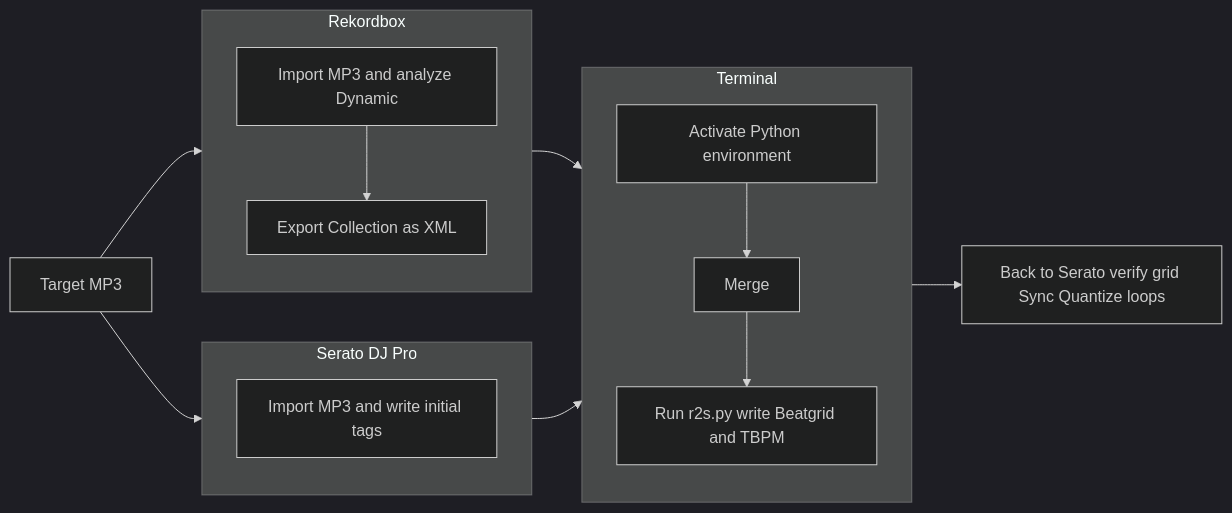
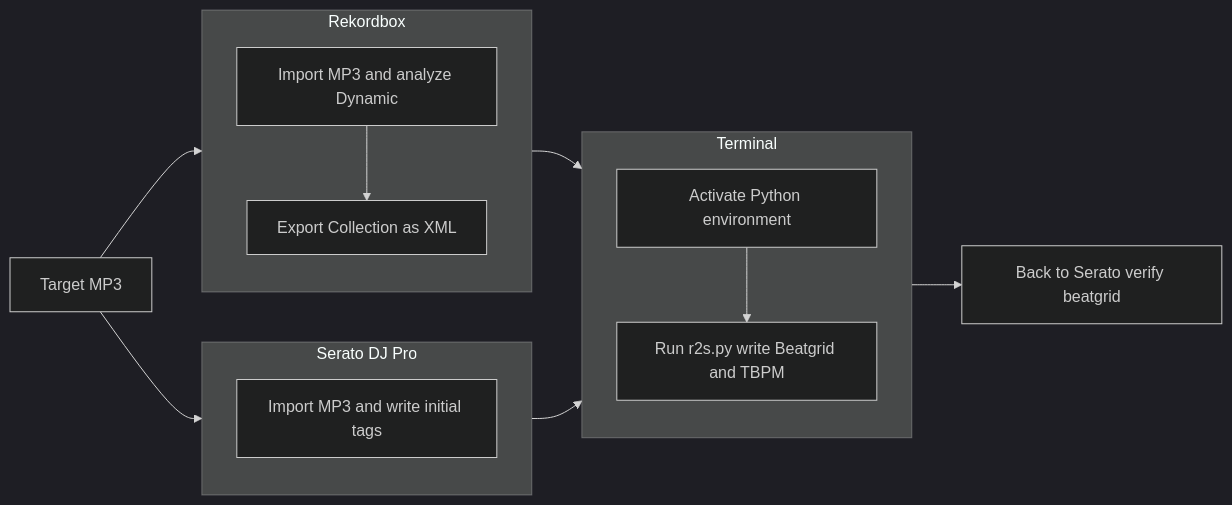
Before and after one commit to 8rian6/r2s-beatgrid: the diagram in README.md, drawn with Mermaid (dark theme). The commit also changed other lines of this file, not shown here.

````diff
--- a/README.md
+++ b/README.md
@@ -43,33 +43,32 @@
 ```mermaid
 flowchart LR
   B[Target MP3]
 
   %% parallel branches
   B --> C
   B --> E
 
   subgraph S[Serato DJ Pro]
     direction TB
     C[Import MP3 and write initial tags]
   end
 
   subgraph R[Rekordbox]
     direction TB
     E[Import MP3 and analyze Dynamic]
     F[Export Collection as XML]
     E --> F
   end
 
   subgraph CLI[Terminal]
     direction TB
     H[Activate Python environment]
-    M[Merge]
     I[Run r2s.py write Beatgrid and TBPM]
-    H --> M --> I
+    H --> I
   end
 
-  C --> M
-  F --> M
+  C --> I
+  F --> I
 
-  I --> J[Back to Serato verify grid Sync Quantize loops]
+  I --> J[Back to Serato verify beatgrid]
 ```
````
